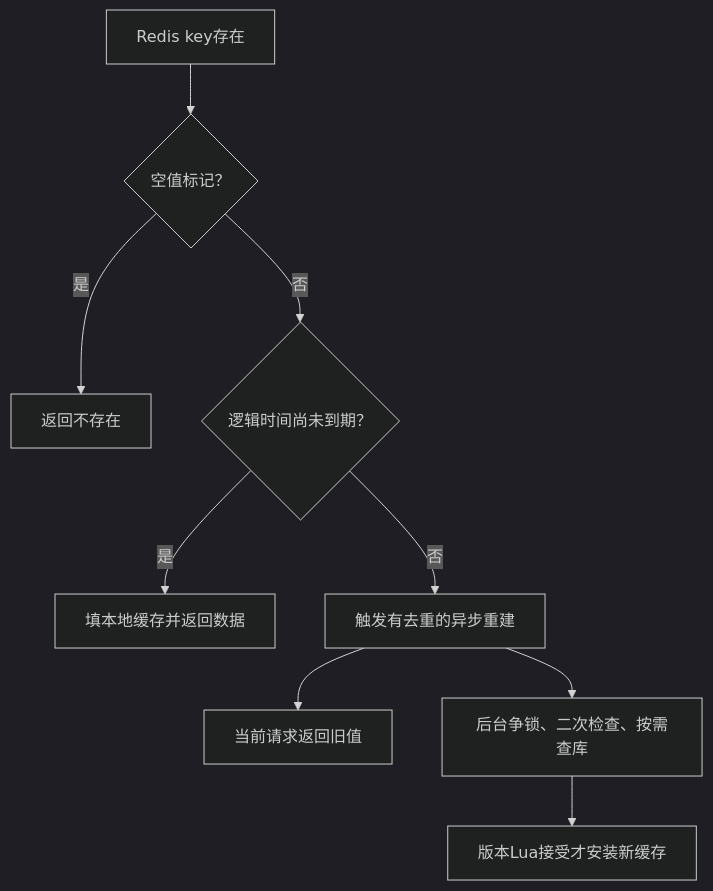
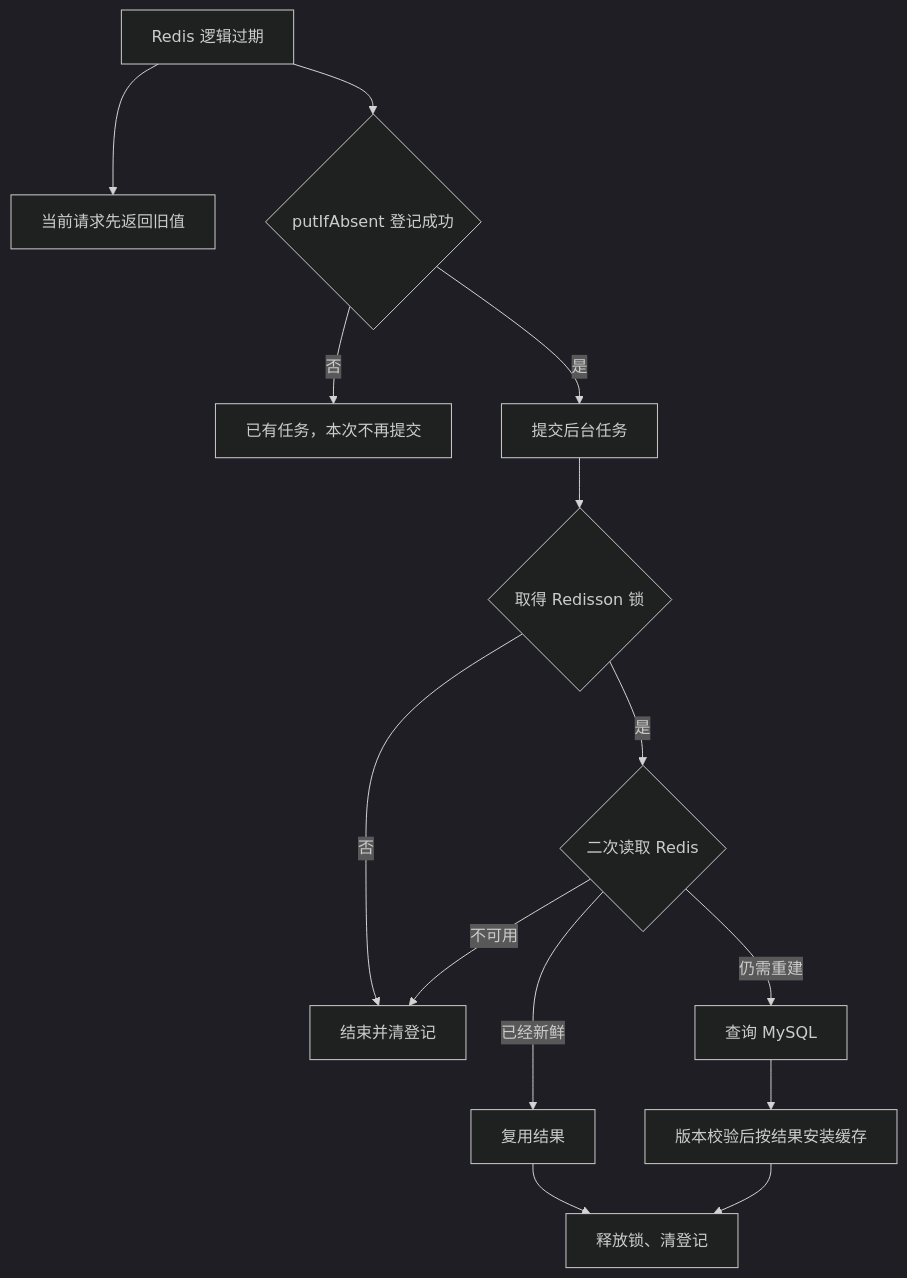
Before and after one commit to SyH-101/citypass-platform: the second of 5 diagrams in 02-多级缓存一致性.md, drawn with Mermaid (dark theme). The commit also changed other lines of this file, not shown here.

Commit message:
docs: focus cache guide on resume flows with line-by-line source annotations

````diff
--- a/02-多级缓存一致性.md
+++ b/02-多级缓存一致性.md
@@ -207,11 +383,16 @@
 ```mermaid
 flowchart TD
-    A["Redis key存在"] --> B{"空值标记？"}
-    B -->|是| N["返回不存在"]
-    B -->|否| C{"逻辑时间尚未到期？"}
-    C -->|是| D["填本地缓存并返回数据"]
-    C -->|否| E["触发有去重的异步重建"]
-    E --> F["当前请求返回旧值"]
-    E --> G["后台争锁、二次检查、按需查库"]
-    G --> H["版本Lua接受才安装新缓存"]
+    A["Redis 逻辑过期"] --> B["当前请求先返回旧值"]
+    A --> C{"putIfAbsent 登记成功"}
+    C -->|否| E["已有任务，本次不再提交"]
+    C -->|是| D["提交后台任务"]
+    D --> F{"取得 Redisson 锁"}
+    F -->|否| Z["结束并清登记"]
+    F -->|是| G{"二次读取 Redis"}
+    G -->|已经新鲜| H["复用结果"]
+    G -->|不可用| Z
+    G -->|仍需重建| I["查询 MySQL"]
+    I --> J["版本校验后按结果安装缓存"]
+    H --> K["释放锁、清登记"]
+    J --> K
 ```
````
